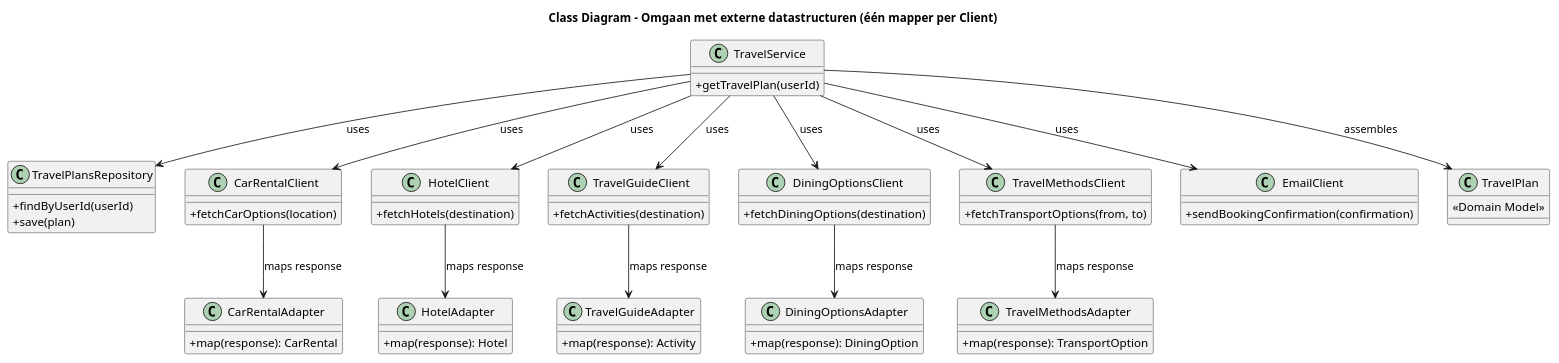
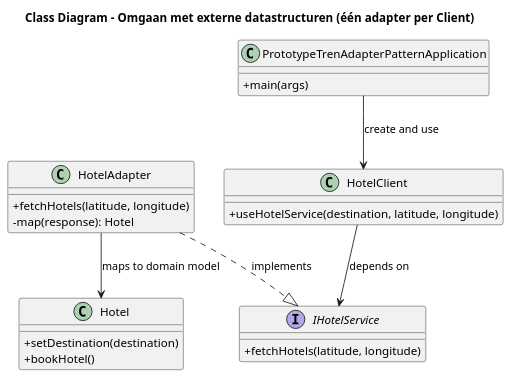
Before and after one commit to AIM-ENE-feb25/triptop-groep-3: the diagram in opdracht-diagrammen/Ontwerpvraag/C4 OntwerpVraag Tren/C4ClassOntwerpVraagTren.puml, drawn with PlantUML. The commit also changed 2 other files, not shown here.

Commit message:
diagrammen aangepast/aangemaakt

```diff
--- a/opdracht-diagrammen/Ontwerpvraag/C4 OntwerpVraag Tren/C4ClassOntwerpVraagTren.puml
+++ b/opdracht-diagrammen/Ontwerpvraag/C4 OntwerpVraag Tren/C4ClassOntwerpVraagTren.puml
@@ -1,77 +1,32 @@
 @startuml
 skinparam classAttributeIconSize 0
-title Class Diagram – Omgaan met externe datastructuren (één mapper per Client)
-class TravelService {
-    +getTravelPlan(userId)
-}
-
-class TravelPlansRepository {
-    +findByUserId(userId)
-    +save(plan)
-}
-
-class CarRentalClient {
-    +fetchCarOptions(location)
-}
-
-class CarRentalAdapter {
-    +map(response): CarRental
-}
+title Class Diagram – Omgaan met externe datastructuren (één adapter per Client)
 
 class HotelClient {
-    +fetchHotels(destination)
+    +useHotelService(destination, latitude, longitude)
 }
 
 class HotelAdapter {
-    +map(response): Hotel
+    +fetchHotels(latitude, longitude)
+    -map(response): Hotel
 }
 
-class TravelGuideClient {
-    +fetchActivities(destination)
+class Hotel {
+    +setDestination(destination)
+    +bookHotel()
 }
 
-class TravelGuideAdapter {
-    +map(response): Activity
+interface IHotelService {
+    +fetchHotels(latitude, longitude)
 }
 
-class DiningOptionsClient {
-    +fetchDiningOptions(destination)
-}
-
-class DiningOptionsAdapter {
-    +map(response): DiningOption
-}
-
-class TravelMethodsClient {
-    +fetchTransportOptions(from, to)
-}
-
-class TravelMethodsAdapter {
-    +map(response): TransportOption
-}
-
-class EmailClient {
-    +sendBookingConfirmation(confirmation)
-}
-
-class TravelPlan {
-    <<Domain Model>>
+class PrototypeTrenAdapterPatternApplication {
+    +main(args)
 }
 
 ' Relaties
-TravelService --> TravelPlansRepository : uses
-TravelService --> CarRentalClient : uses
-TravelService --> HotelClient : uses
-TravelService --> TravelGuideClient : uses
-TravelService --> DiningOptionsClient : uses
-TravelService --> TravelMethodsClient : uses
-TravelService --> EmailClient : uses
-TravelService --> TravelPlan : assembles
-
-CarRentalClient --> CarRentalAdapter : maps response
-HotelClient --> HotelAdapter : maps response
-TravelGuideClient --> TravelGuideAdapter : maps response
-DiningOptionsClient --> DiningOptionsAdapter : maps response
-TravelMethodsClient --> TravelMethodsAdapter : maps response
-
+PrototypeTrenAdapterPatternApplication --> HotelClient : create and use
+HotelClient --> IHotelService : depends on
+HotelAdapter ..|> IHotelService : implements
+HotelAdapter --> Hotel : maps to domain model
 @enduml
```
